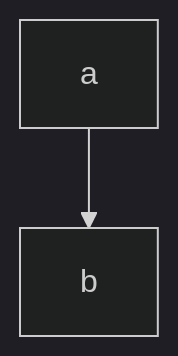
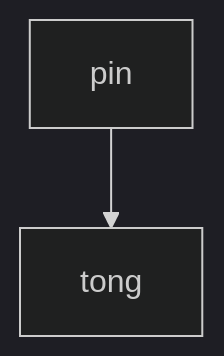
The second of 2 diagrams in cpp/c.md (earmer/Luogu_answers), drawn with Mermaid (dark theme) before and after one commit. The commit also changed 107 other files, not shown here.

````diff
--- a/cpp/c.md
+++ b/cpp/c.md
@@ -13,4 +13,4 @@
 ```mermaid
 graph TD;
-a --> b;
+pin --> tong;
 ```
````
